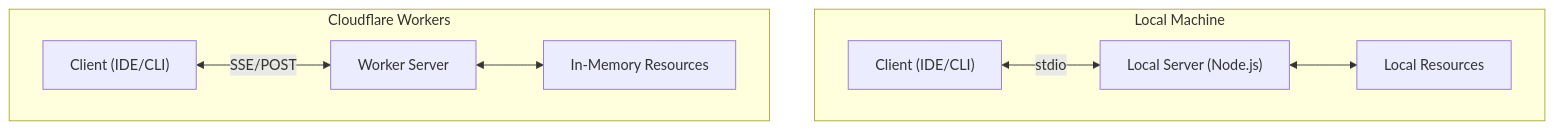
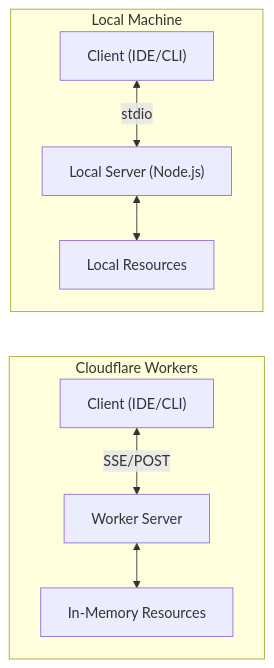
Before and after one commit to hissain/simplest-mcp: the diagram in README.md, drawn with Mermaid. The commit also changed other lines of this file, not shown here.

Commit message:
docs: remove redundant specs and fix diagram layout

````diff
--- a/README.md
+++ b/README.md
@@ -14,12 +14,15 @@
 ```mermaid
 graph TD
     subgraph Local [Local Machine]
         Client["Client (IDE/CLI)"] <-->|stdio| Server["Local Server (Node.js)"]
         Server <--> Resources["Local Resources"]
     end
     
     subgraph Cloud [Cloudflare Workers]
         RemoteClient["Client (IDE/CLI)"] <-->|SSE/POST| Worker["Worker Server"]
         Worker <--> CloudRes["In-Memory Resources"]
     end
+
+    %% Force vertical layout
+    Resources ~~~ RemoteClient
 ```
````
